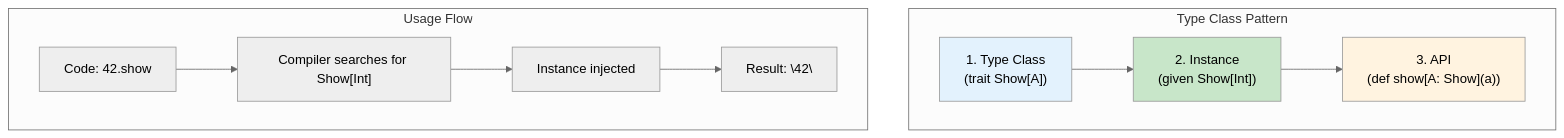
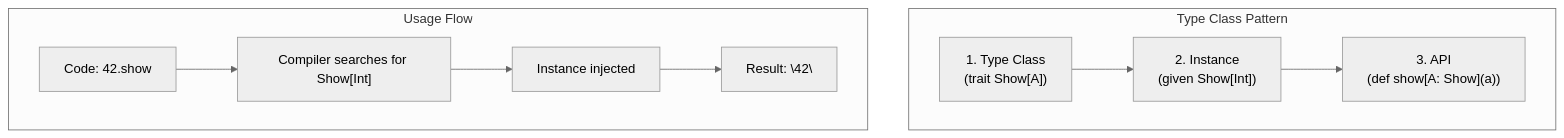
The diagram in content/en/scala/concepts/type-classes.md (advanced-beginner/advanced-beginner.github.io), drawn with Mermaid (neutral theme) before and after one commit. The commit also changed 35 other files, not shown here.

First line of the commit message:
refactor: Mermaid 다이어그램 개선

````diff
--- a/content/en/scala/concepts/type-classes.md
+++ b/content/en/scala/concepts/type-classes.md
@@ -47,25 +47,21 @@
 ```mermaid
 graph TB
     subgraph "Type Class Pattern"
         TC["1. Type Class<br/>(trait Show[A])"]
         TI["2. Instance<br/>(given Show[Int])"]
         API["3. API<br/>(def show[A: Show](a))"]
     end
 
     subgraph "Usage Flow"
         Code["Code: 42.show"]
         Compiler["Compiler searches for Show[Int]"]
         Instance["Instance injected"]
         Result["Result: \"42\""]
     end
 
     TC --> TI
     TI --> API
     Code --> Compiler
     Compiler --> Instance
     Instance --> Result
-
-    style TC fill:#e3f2fd
-    style TI fill:#c8e6c9
-    style API fill:#fff3e0
 ```
````
